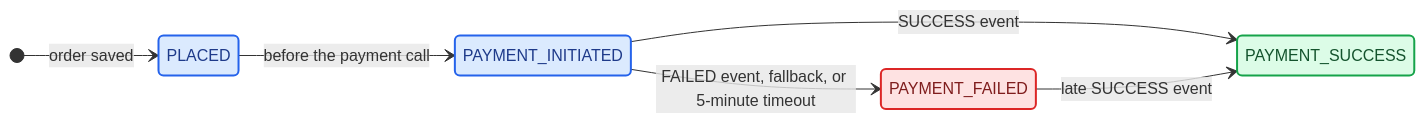
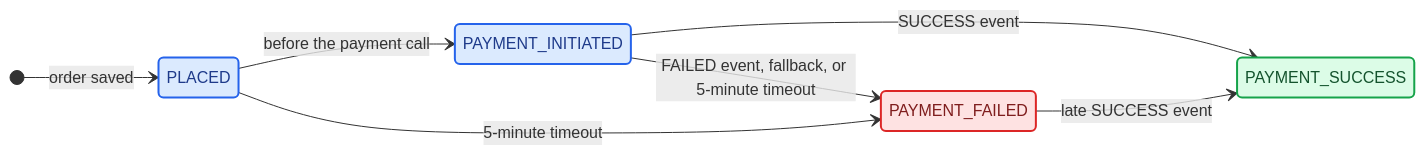
The third of 5 diagrams in README.md (Rishav30194/order-management-service), drawn with Mermaid before and after one commit. The commit also changed other lines of this file and 4 other files, not shown here.

Commit message:
Fail orders stuck in PLACED in the stale payment sweep

````diff
--- a/README.md
+++ b/README.md
@@ -110,16 +110,17 @@
 ```mermaid
 stateDiagram-v2
     direction LR
     [*] --> PLACED: order saved
     PLACED --> PAYMENT_INITIATED: before the payment call
+    PLACED --> PAYMENT_FAILED: 5-minute timeout
     PAYMENT_INITIATED --> PAYMENT_SUCCESS: SUCCESS event
     PAYMENT_INITIATED --> PAYMENT_FAILED: FAILED event, fallback, or 5-minute timeout
     PAYMENT_FAILED --> PAYMENT_SUCCESS: late SUCCESS event
 
     classDef progress fill:#dbeafe,stroke:#2563eb,stroke-width:2px,color:#1e3a8a
     classDef success fill:#dcfce7,stroke:#16a34a,stroke-width:2px,color:#14532d
     classDef failed fill:#fee2e2,stroke:#dc2626,stroke-width:2px,color:#7f1d1d
     class PLACED,PAYMENT_INITIATED progress
     class PAYMENT_SUCCESS success
     class PAYMENT_FAILED failed
 ```
````
